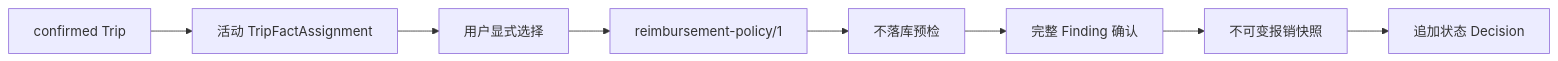
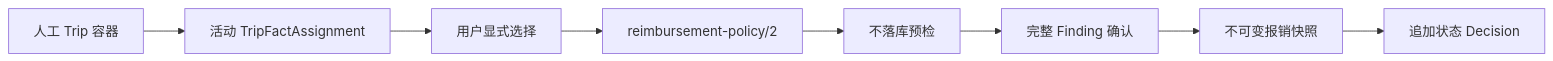
Before and after one commit to tuoro/Smart-bill-manager: the fifth of 6 diagrams in docs/architecture.md, drawn with Mermaid. The commit also changed other lines of this file and 311 other files, not shown here.

````diff
--- a/docs/architecture.md
+++ b/docs/architecture.md
@@ -205,10 +222,10 @@
 ```mermaid
 flowchart LR
-    Trip[confirmed Trip] --> Assignment[活动 TripFactAssignment]
+    Trip[人工 Trip 容器] --> Assignment[活动 TripFactAssignment]
     Assignment --> Selection[用户显式选择]
-    Selection --> Policy[reimbursement-policy/1]
+    Selection --> Policy[reimbursement-policy/2]
     Policy --> Preview[不落库预检]
     Preview --> Confirm[完整 Finding 确认]
     Confirm --> Reimbursement[不可变报销快照]
     Reimbursement --> Decision[追加状态 Decision]
 ```
````
